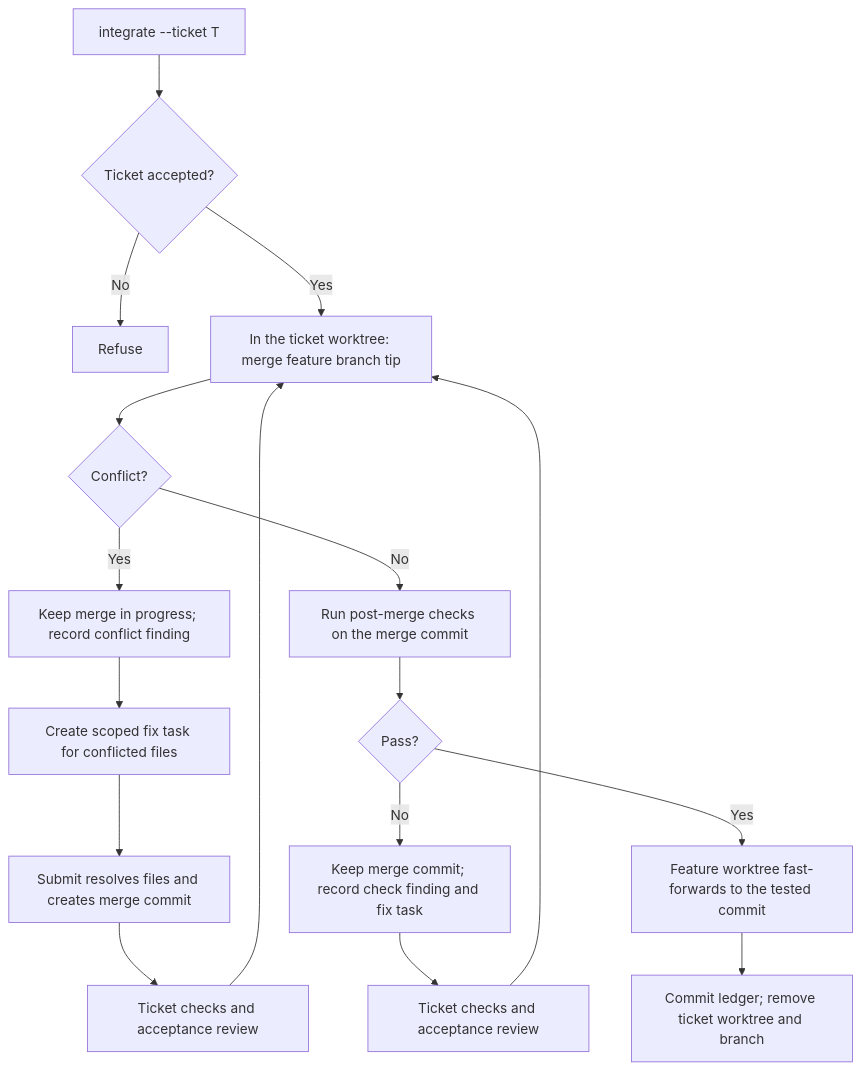
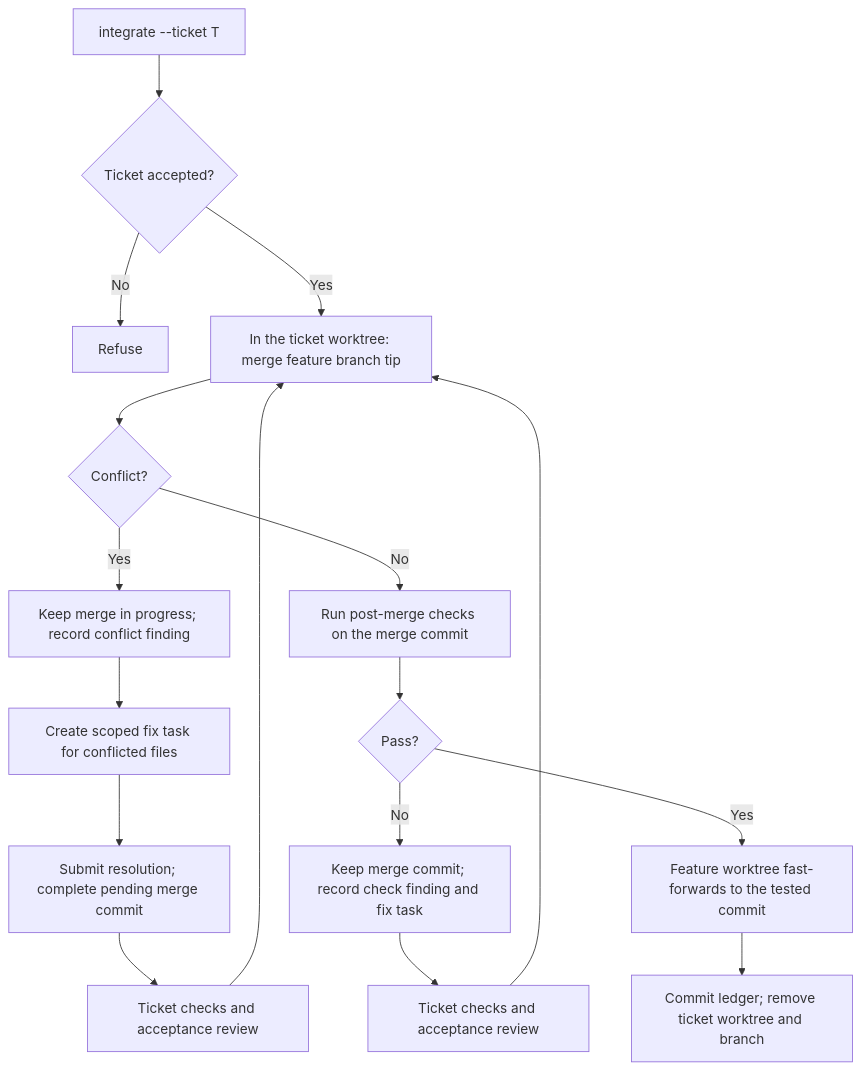
One commit to UseTheFork/spindle changed the sixth of 7 diagrams in SDD-WORKFLOWS.md. Above: the diagram before and after it, drawn with Mermaid. The commit also changed other lines of this file, not shown here.

````diff
--- a/SDD-WORKFLOWS.md
+++ b/SDD-WORKFLOWS.md
@@ -344,19 +376,19 @@
 ```mermaid
 flowchart TD
     A["integrate --ticket T"] --> B{"Ticket accepted?"}
     B -->|"No"| Z["Refuse"]
     B -->|"Yes"| C["In the ticket worktree: merge feature branch tip"]
     C --> D{"Conflict?"}
     D -->|"Yes"| E["Keep merge in progress; record conflict finding"]
     E --> F["Create scoped fix task for conflicted files"]
-    F --> G["Submit resolves files and creates merge commit"]
+    F --> G["Submit resolution; complete pending merge commit"]
     G --> H["Ticket checks and acceptance review"]
     H --> C
     D -->|"No"| I["Run post-merge checks on the merge commit"]
     I --> J{"Pass?"}
     J -->|"No"| K["Keep merge commit; record check finding and fix task"]
     K --> L["Ticket checks and acceptance review"]
     L --> C
     J -->|"Yes"| M["Feature worktree fast-forwards to the tested commit"]
     M --> N["Commit ledger; remove ticket worktree and branch"]
 ```
````
